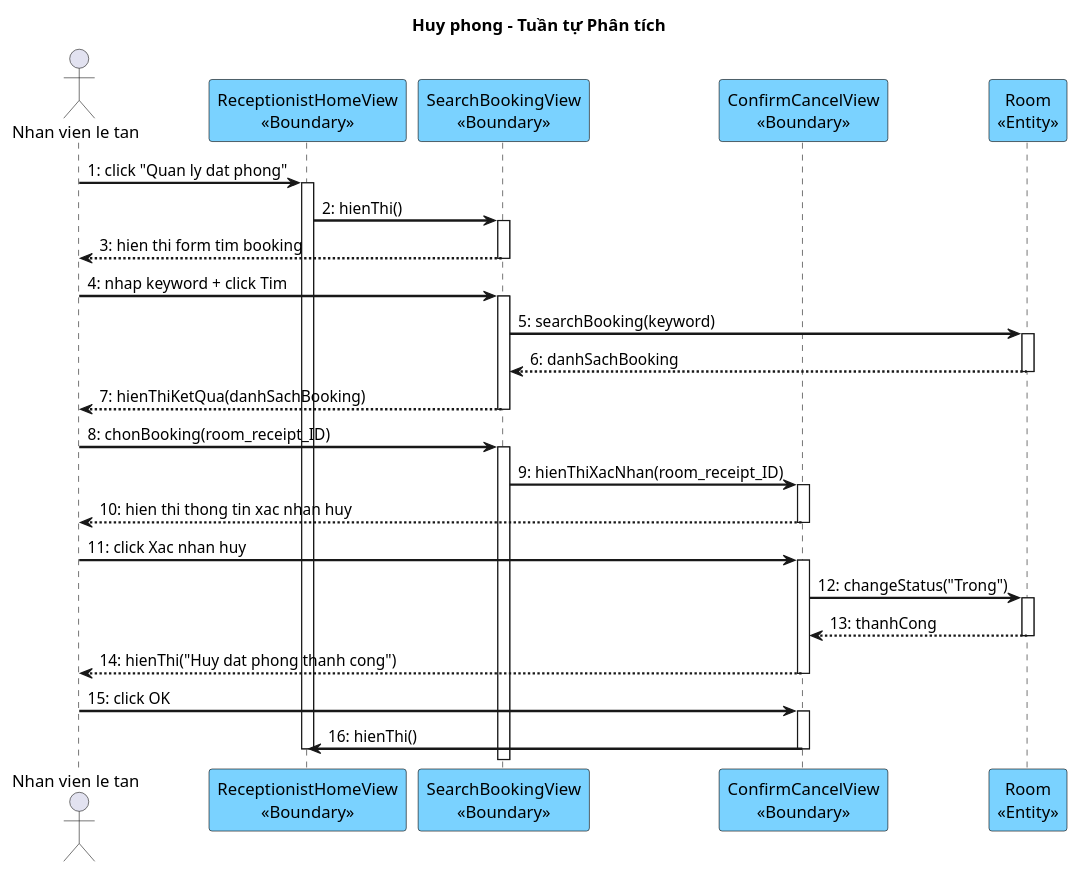
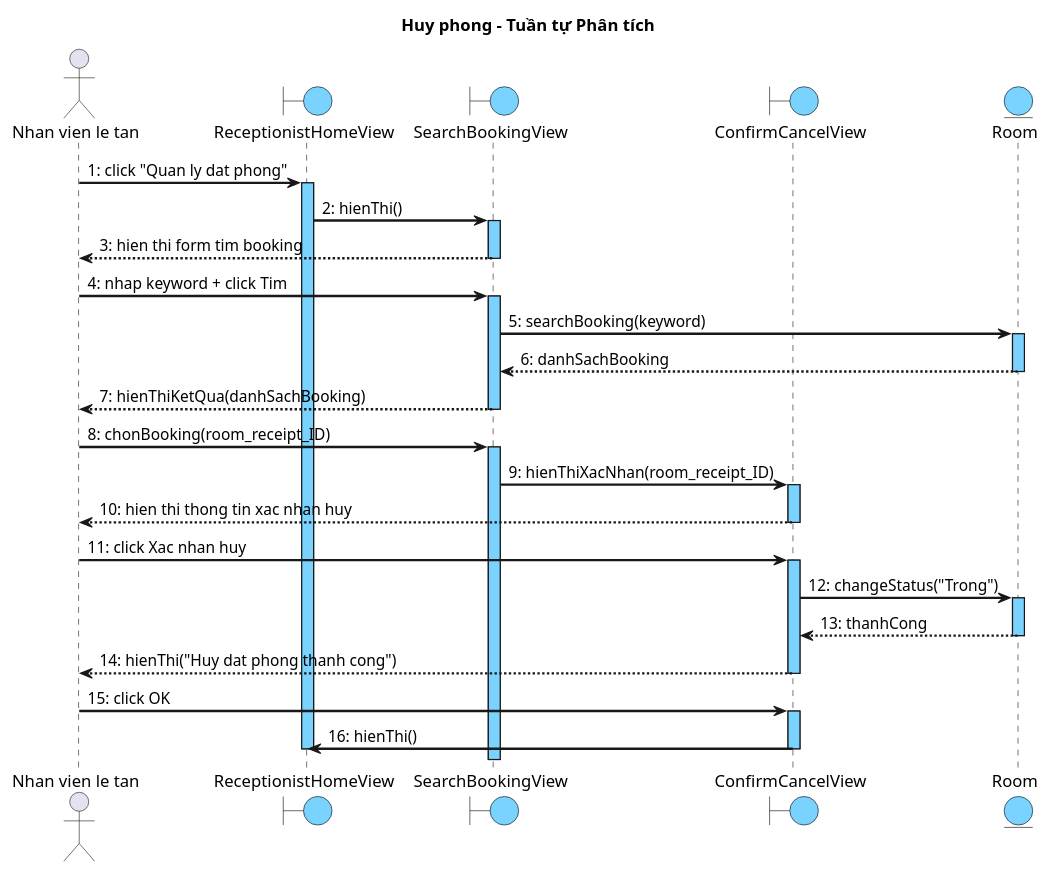
Before and after one commit to thanhtrnnn/cnpm: the sixth of 8 diagrams in docs/tabs/section-booking-ii.3-2.4.md, drawn with PlantUML. The commit also changed other lines of this file and 10 other files, not shown here.

First line of the commit message:
fix: sequence diagrams - blue activation bars + boundary/entity circle symbols

````diff
--- a/docs/tabs/section-booking-ii.3-2.4.md
+++ b/docs/tabs/section-booking-ii.3-2.4.md
@@ -443,59 +444,60 @@
 ```plantuml
 @startuml
 skinparam shadowing false
 skinparam SequenceMessageAlign left
 skinparam SequenceArrowThickness 2
+skinparam SequenceLifeLineBackgroundColor #7AD2FF
 skinparam ParticipantBackgroundColor #7AD2FF
 skinparam ParticipantBorderColor black
 skinparam BoundaryBackgroundColor #7AD2FF
 skinparam BoundaryBorderColor black
 skinparam EntityBackgroundColor #7AD2FF
 skinparam EntityBorderColor black
 
 title Huy phong – Tuần tự Phân tích
 
 actor "Nhan vien le tan" as NV
-participant "ReceptionistHomeView\n<<Boundary>>" as Home
-participant "SearchBookingView\n<<Boundary>>" as SBV
-participant "ConfirmCancelView\n<<Boundary>>" as CCV
-participant "Room\n<<Entity>>" as Room
+boundary "ReceptionistHomeView" as Home
+boundary "SearchBookingView" as SBV
+boundary "ConfirmCancelView" as CCV
+entity "Room" as Room
 
 NV -> Home : 1: click "Quan ly dat phong"
 activate Home
 Home -> SBV : 2: hienThi()
 activate SBV
 SBV --> NV : 3: hien thi form tim booking
 deactivate SBV
 
 NV -> SBV : 4: nhap keyword + click Tim
 activate SBV
 SBV -> Room : 5: searchBooking(keyword)
 activate Room
 Room --> SBV : 6: danhSachBooking
 deactivate Room
 SBV --> NV : 7: hienThiKetQua(danhSachBooking)
 deactivate SBV
 
 NV -> SBV : 8: chonBooking(room_receipt_ID)
 activate SBV
 SBV -> CCV : 9: hienThiXacNhan(room_receipt_ID)
 activate CCV
 CCV --> NV : 10: hien thi thong tin xac nhan huy
 deactivate CCV
 
 NV -> CCV : 11: click Xac nhan huy
 activate CCV
 CCV -> Room : 12: changeStatus("Trong")
 activate Room
 Room --> CCV : 13: thanhCong
 deactivate Room
 CCV --> NV : 14: hienThi("Huy dat phong thanh cong")
 deactivate CCV
 
 NV -> CCV : 15: click OK
 activate CCV
 CCV -> Home : 16: hienThi()
 deactivate CCV
 deactivate Home
 @enduml
 ```
````
